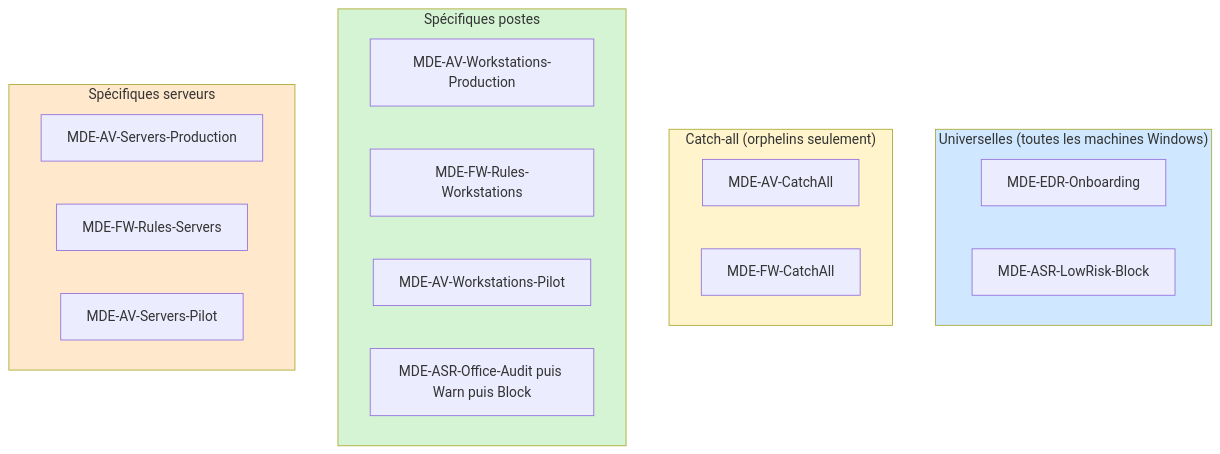
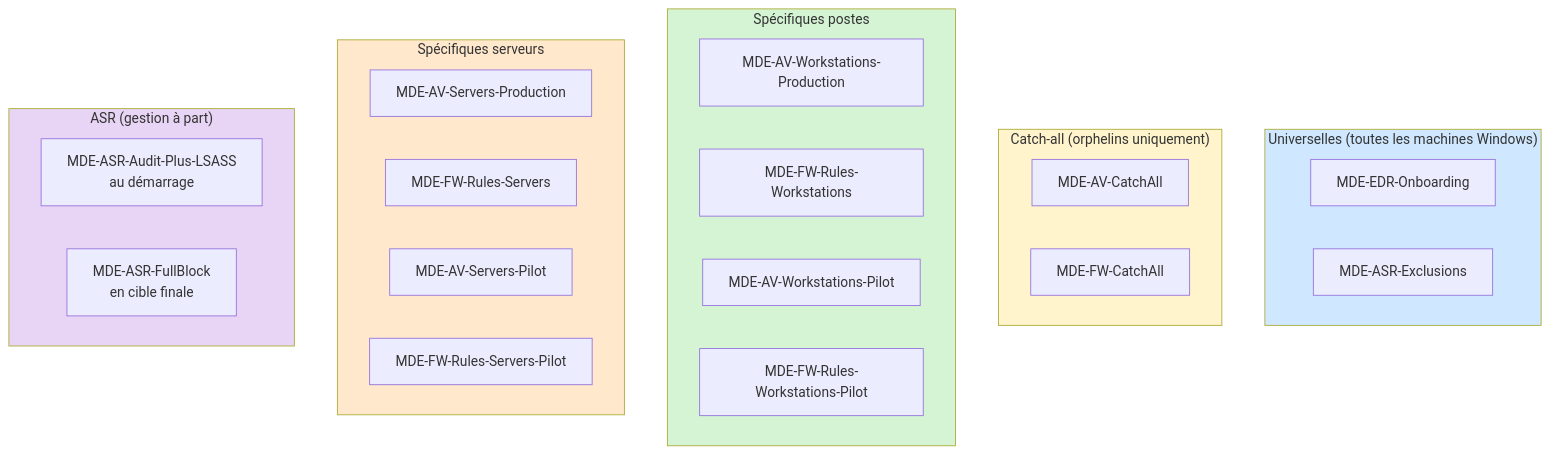
Before and after one commit to sebastienmiro/sebastienmiro.github.io: the diagram in _posts/series/mde-foundations/2026-07-25-mde-foundations-ep11-template-cles-en-main.md, drawn with Mermaid. The commit also changed other lines of this file and 8 other files, not shown here.

````diff
--- a/_posts/series/mde-foundations/2026-07-25-mde-foundations-ep11-template-cles-en-main.md
+++ b/_posts/series/mde-foundations/2026-07-25-mde-foundations-ep11-template-cles-en-main.md
@@ -490,30 +565,37 @@
 ```mermaid
 flowchart TB
     subgraph Universal["Universelles (toutes les machines Windows)"]
         U1[MDE-EDR-Onboarding]
-        U2[MDE-ASR-LowRisk-Block]
+        U2[MDE-ASR-Exclusions]
     end
 
-    subgraph CatchAll["Catch-all (orphelins seulement)"]
+    subgraph CatchAll["Catch-all (orphelins uniquement)"]
         C1[MDE-AV-CatchAll]
         C2[MDE-FW-CatchAll]
     end
 
     subgraph Workstations["Spécifiques postes"]
         W1[MDE-AV-Workstations-Production]
         W2[MDE-FW-Rules-Workstations]
         W3[MDE-AV-Workstations-Pilot]
-        W4[MDE-ASR-Office-Audit puis Warn puis Block]
+        W4[MDE-FW-Rules-Workstations-Pilot]
     end
 
     subgraph Servers["Spécifiques serveurs"]
         S1[MDE-AV-Servers-Production]
         S2[MDE-FW-Rules-Servers]
         S3[MDE-AV-Servers-Pilot]
+        S4[MDE-FW-Rules-Servers-Pilot]
+    end
+
+    subgraph ASR["ASR (gestion à part)"]
+        R1[MDE-ASR-Audit-Plus-LSASS<br/>au démarrage]
+        R2[MDE-ASR-FullBlock<br/>en cible finale]
     end
 
     style Universal fill:#cfe8ff
     style CatchAll fill:#fff4cc
     style Workstations fill:#d4f4d4
     style Servers fill:#ffe8cc
+    style ASR fill:#e8d4f4
 ```
````
